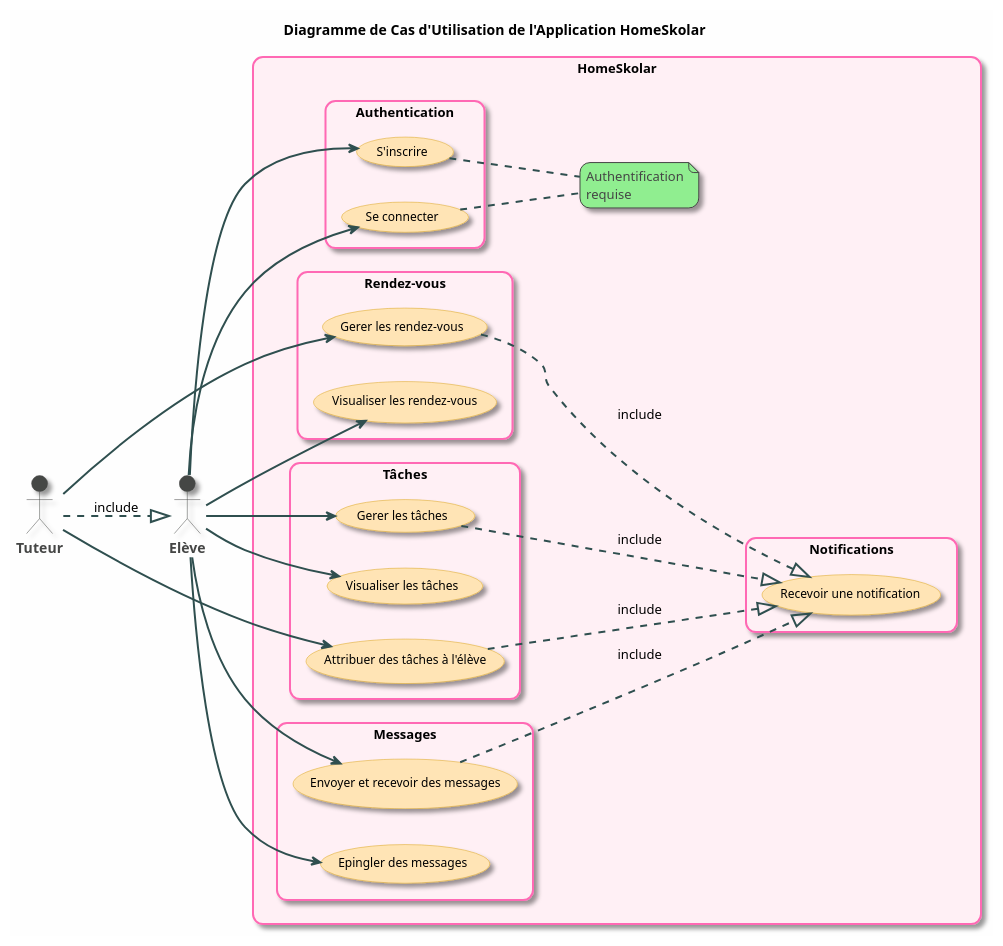
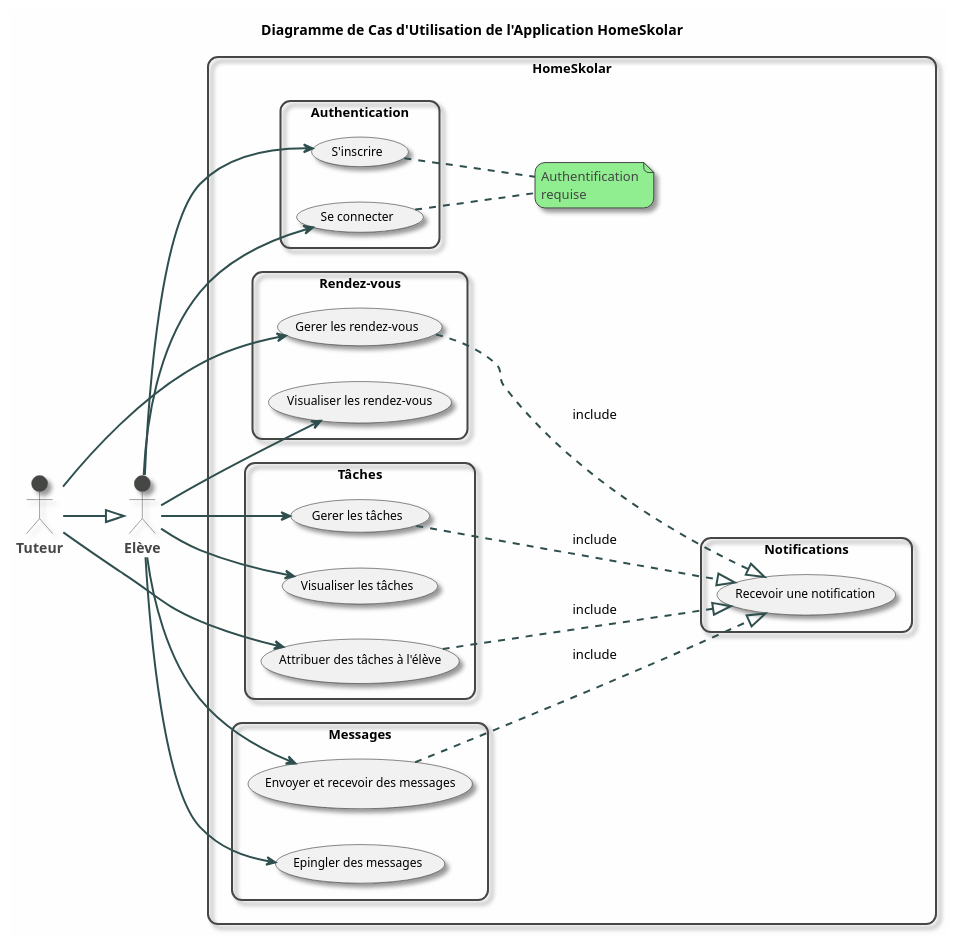
Before and after one commit to fraigneau/Cahier_des_charges_OC: the diagram in DCD.puml, drawn with PlantUML. The commit also changed 1 other file, not shown here.

Commit message:
maj diagramme de classe

```diff
--- a/DCD.puml
+++ b/DCD.puml
@@ -1,108 +1,104 @@
 @startuml
 
 ' ========== CONFIGURATION DU STYLE ==========
 !theme toy
 left to right direction
 ' Configuration générale
 skinparam backgroundColor #FEFEFE
 skinparam roundCorner 20
 skinparam shadowing true
 skinparam handwritten false
 
 ' Style des acteurs
 skinparam actor {
     FontName Arial
     FontSize 14
     FontStyle bold
 }
 
 ' Style des cas d'utilisation
 skinparam usecase {
-    BackgroundColor #FFE4B5
-    BorderColor #DAA520
     FontSize 12
     FontStyle plain
     ArrowColor #2F4F4F
     ArrowThickness 2
 }
 
 ' Style des rectangles
 skinparam rectangle {
-    BackgroundColor #FFF0F5
-    BorderColor #FF69B4
     FontSize 13
     FontStyle bold
     BorderThickness 2
 }
 
 ' Style des flèches
 skinparam arrow {
     Thickness 2
 }
 
 title Diagramme de Cas d'Utilisation de l'Application HomeSkolar
 
 ' ========== DÉFINITION DES ACTEURS ==========
 actor "Elève"
 actor "Tuteur"
 
 ' ========== DÉFINITION DES CAS D'UTILISATION ==========
 
 rectangle "HomeSkolar" {
 
     rectangle "Authentication" {
         usecase "S'inscrire" as SignIn
         usecase "Se connecter" as LogIn
     }
 
     rectangle "Rendez-vous" {
         usecase "Gerer les rendez-vous" as Gestion
         usecase "Visualiser les rendez-vous" as Acceder
     }
 
     rectangle "Tâches" {
         usecase "Gerer les tâches" as GestionTask
         usecase "Visualiser les tâches" as VisionTask
         usecase "Attribuer des tâches à l'élève" as ST
     }
 
     rectangle "Messages" {
         usecase "Envoyer et recevoir des messages" as SIR
         usecase "Epingler des messages" as Plan
     }
 
     rectangle "Notifications" {
         usecase "Recevoir une notification" as Notif
     }
 
     ' Notes explicatives
     note "Authentification\nrequise" as N1
     SignIn .. N1
     LogIn .. N1
 
 }
 
 ' ========== RELATIONS ==========
 ' Relations entre acteurs
-Tuteur .-|> Elève : include
+Tuteur --|> Elève
 
-' Relations E
+' Relations Elève
 Elève --> SignIn
 Elève --> LogIn
 Elève --> Acceder
 Elève --> GestionTask
 Elève --> VisionTask
 Elève --> SIR
 Elève --> Plan
 
-' Relations T
+' Relations Tuteur
 Tuteur --> Gestion
 Tuteur --> ST
 
 ' Relations vers Notifications
 ST ..-|> Notif : include
 GestionTask ..-|> Notif : include
 Gestion ..-|> Notif : include
 SIR ..-|> Notif : include
 
 @enduml
```
